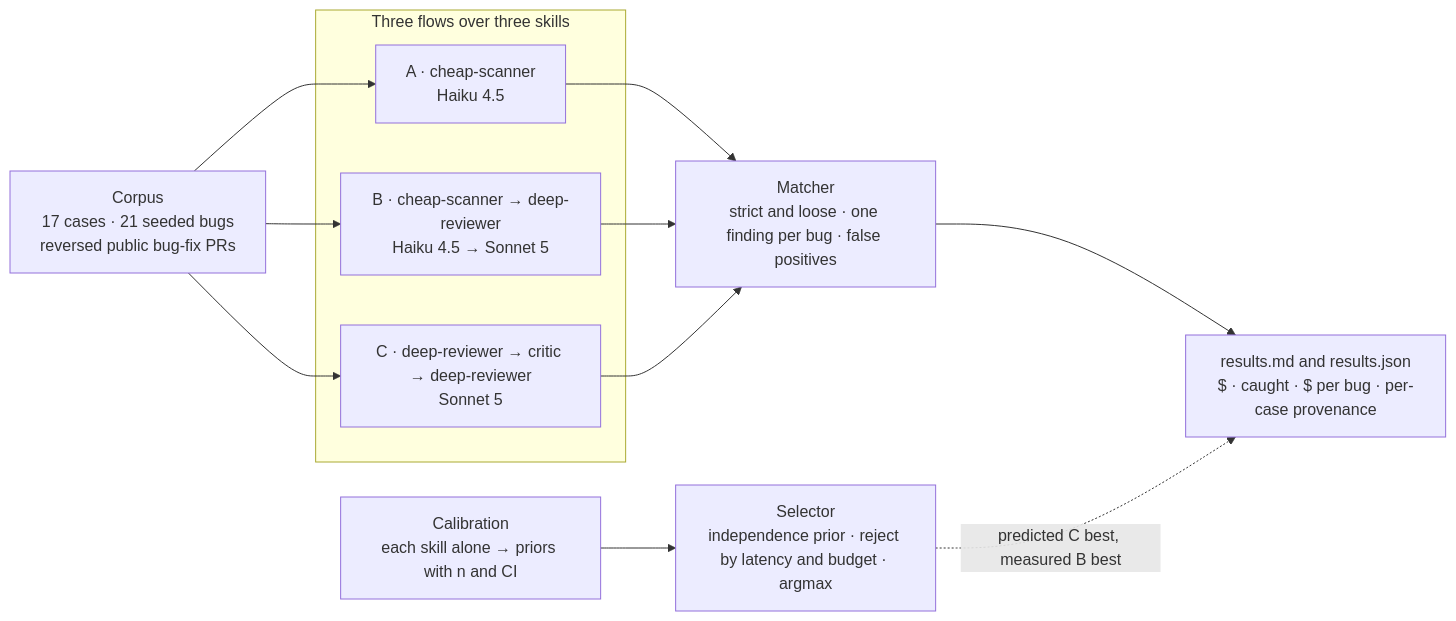
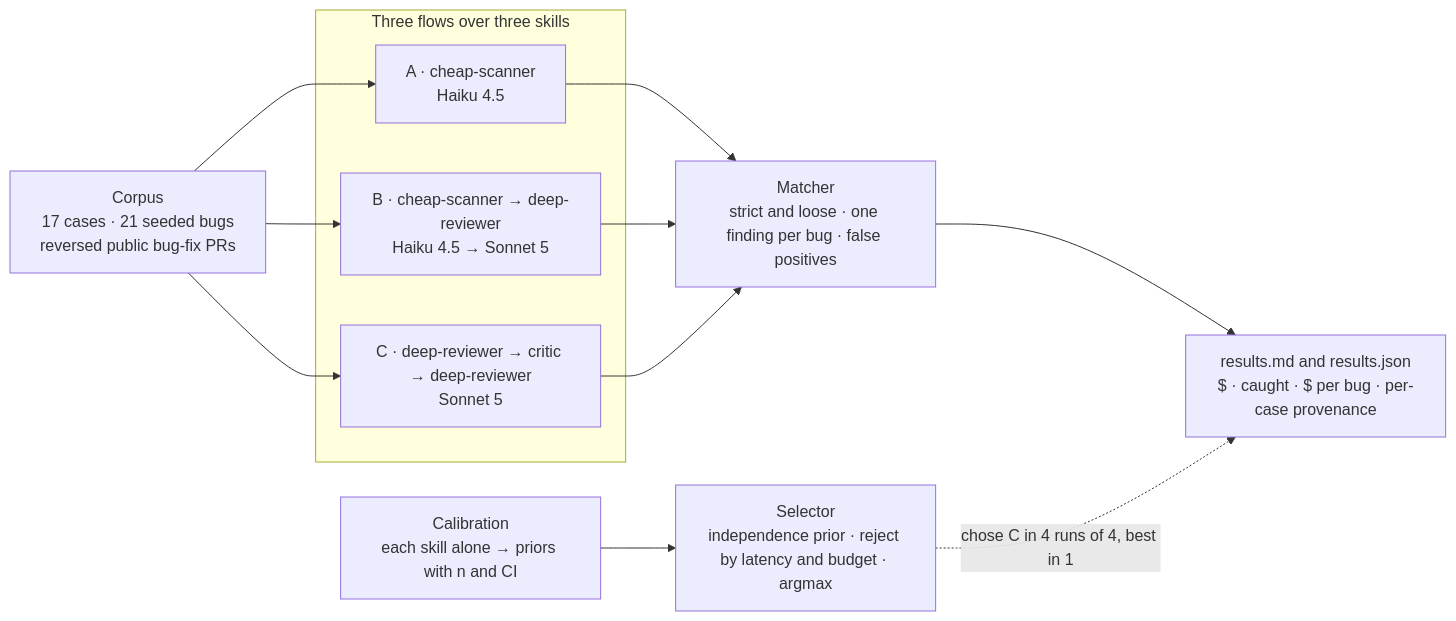
Before and after one commit to zaelok/oyster-demo: the second of 2 diagrams in README.md, drawn with Mermaid. The commit also changed other lines of this file and 2 other files, not shown here.

First line of the commit message:
Conclusions after four runs: docs/CONCLUSIONS.md and the README summary

````diff
--- a/README.md
+++ b/README.md
@@ -105,17 +106,17 @@
 ```mermaid
 flowchart LR
   CORP["Corpus<br/>17 cases · 21 seeded bugs<br/>reversed public bug-fix PRs"] --> A
   CORP --> B
   CORP --> C
   subgraph FLOWS["Three flows over three skills"]
     A["A · cheap-scanner<br/>Haiku 4.5"]
     B["B · cheap-scanner → deep-reviewer<br/>Haiku 4.5 → Sonnet 5"]
     C["C · deep-reviewer → critic → deep-reviewer<br/>Sonnet 5"]
   end
   A --> M
   B --> M
   C --> M
   M["Matcher<br/>strict and loose · one finding per bug · false positives"] --> T["results.md and results.json<br/>$ · caught · $ per bug · per-case provenance"]
   CAL["Calibration<br/>each skill alone → priors with n and CI"] --> S["Selector<br/>independence prior · reject by latency and budget · argmax"]
-  S -. "predicted C best, measured B best" .-> T
+  S -. "chose C in 4 runs of 4, best in 1" .-> T
 ```
````
